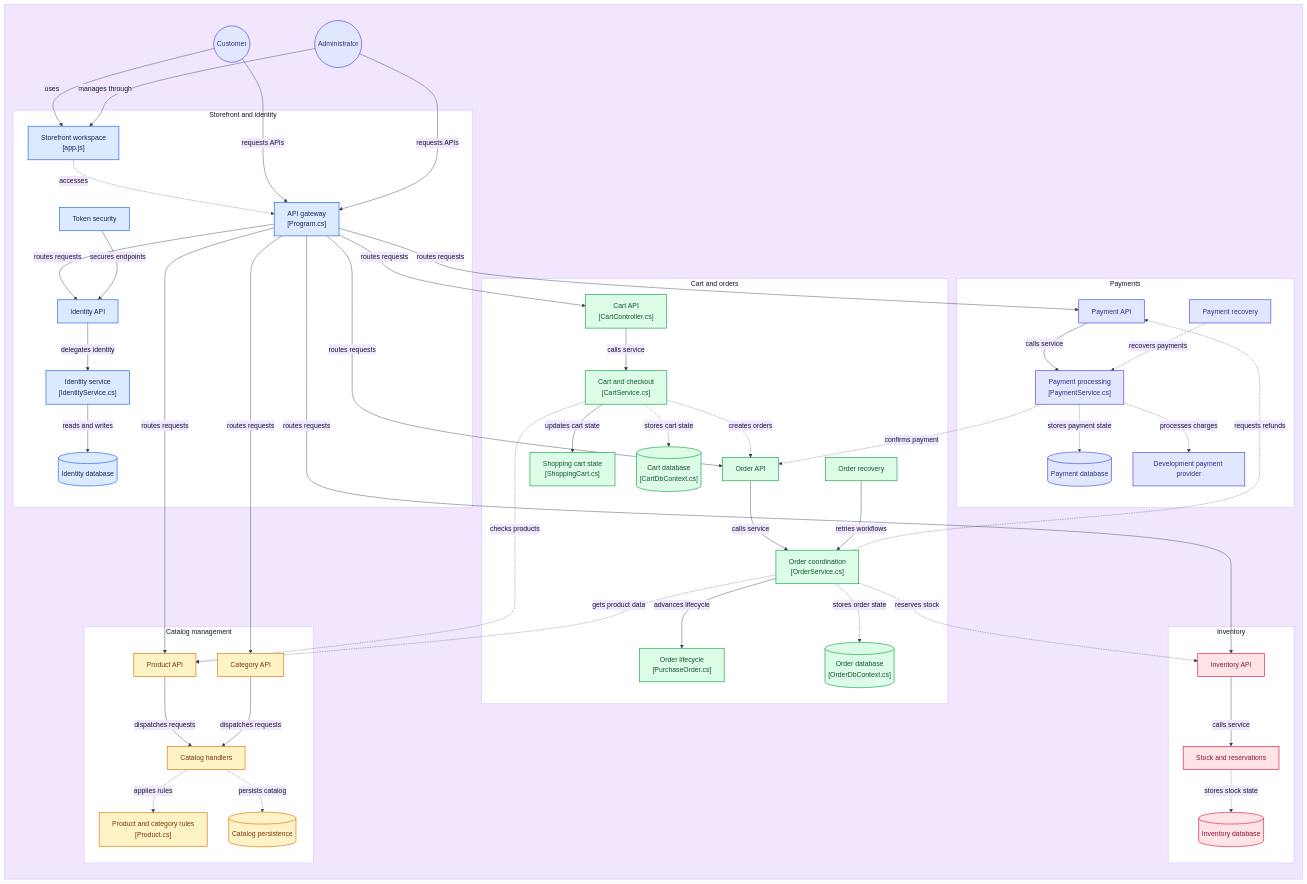
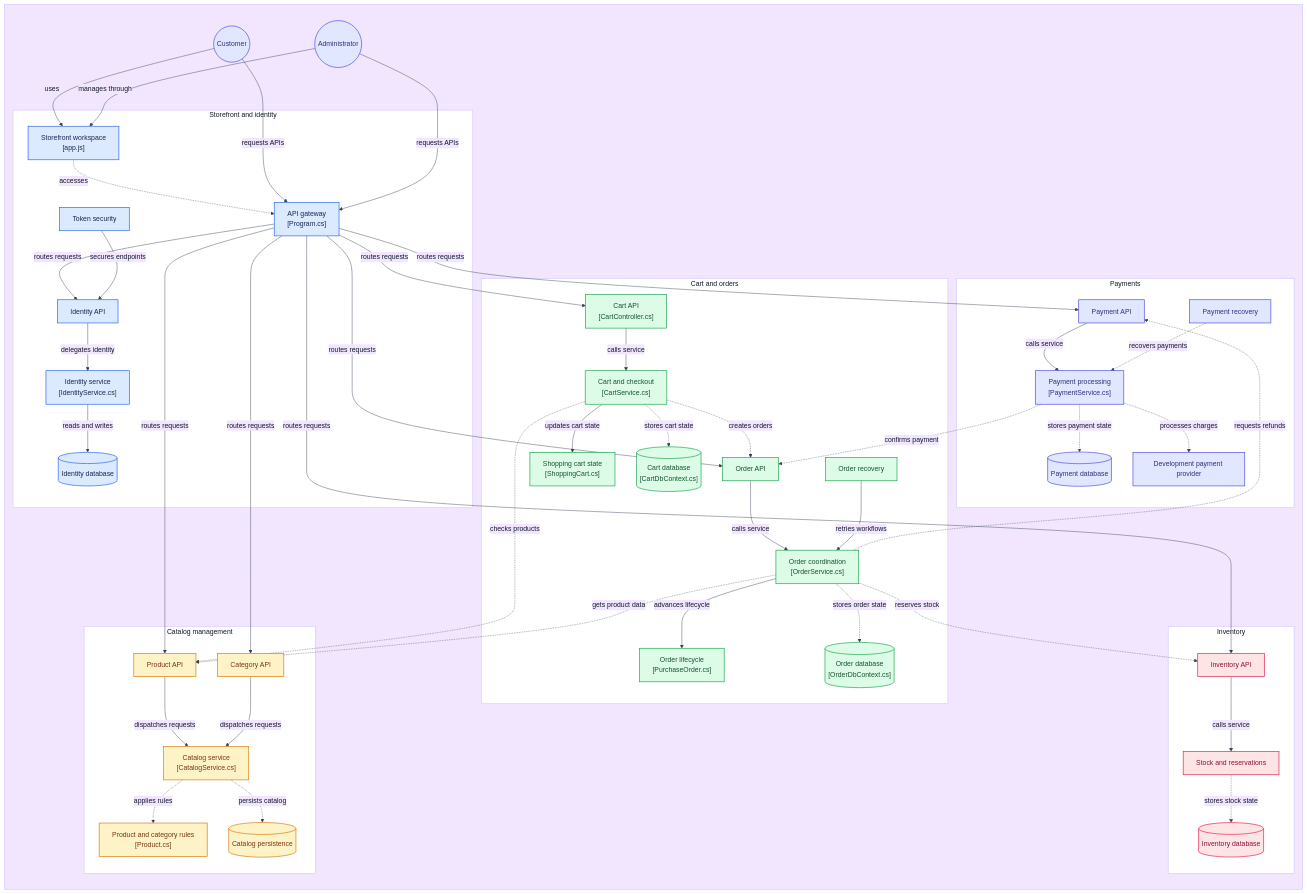
The diagram in README.md (aliyavarguluzada/ECommerce), drawn with Mermaid before and after one commit. The commit also changed other lines of this file and 85 other files, not shown here.

```diff
--- a/README.md
+++ b/README.md
@@ -47,7 +55,7 @@
 subgraph group_catalog["Catalog management"]
   node_product_api["Product API"]
   node_category_api["Category API"]
-  node_catalog_handlers["Catalog handlers"]
+  node_catalog_service["Catalog service<br/>[CatalogService.cs]"]
   node_catalog_domain["Product and category rules<br/>[Product.cs]"]
   node_catalog_store[("Catalog persistence")]
 end
@@ -96,10 +104,10 @@
 node_identity_api -->|"delegates identity"| node_identity_service
 node_identity_service -->|"reads and writes"| node_identity_db
 node_security -->|"secures endpoints"| node_identity_api
-node_product_api -->|"dispatches requests"| node_catalog_handlers
-node_category_api -->|"dispatches requests"| node_catalog_handlers
-node_catalog_handlers -.->|"applies rules"| node_catalog_domain
-node_catalog_handlers -.->|"persists catalog"| node_catalog_store
+node_product_api -->|"dispatches requests"| node_catalog_service
+node_category_api -->|"dispatches requests"| node_catalog_service
+node_catalog_service -.->|"applies rules"| node_catalog_domain
+node_catalog_service -.->|"persists catalog"| node_catalog_store
 node_cart_api -->|"calls service"| node_cart_service
 node_cart_service -->|"updates cart state"| node_cart_domain
 node_cart_service -.->|"stores cart state"| node_cart_db
@@ -131,23 +139,23 @@
 click node_security "https://github.com/aliyavarguluzada/ecommerce/blob/master/src/ECommerce.Security/SecurityExtensions.cs"
 click node_product_api "https://github.com/aliyavarguluzada/ecommerce/blob/master/src/ECommerce.Catalog.Api/Products/ProductController.cs"
 click node_category_api "https://github.com/aliyavarguluzada/ecommerce/blob/master/src/ECommerce.Catalog.Api/Categories/CategoryController.cs"
-click node_catalog_handlers "https://github.com/aliyavarguluzada/ecommerce/tree/master/src/ECommerce.Catalog.Application"
+click node_catalog_service "https://github.com/aliyavarguluzada/ecommerce/blob/master/src/ECommerce.Catalog.Infrastructure/CatalogService.cs"
 click node_catalog_domain "https://github.com/aliyavarguluzada/ecommerce/blob/master/src/ECommerce.Catalog.Domain/Aggregates/Products/Product.cs"
 click node_catalog_store "https://github.com/aliyavarguluzada/ecommerce/blob/master/src/ECommerce.Catalog.Infrastructure/Persistence/CatalogDbContext.cs"
 click node_cart_api "https://github.com/aliyavarguluzada/ecommerce/blob/master/src/ECommerce.Cart.Api/Controllers/CartController.cs"
-click node_cart_service "https://github.com/aliyavarguluzada/ecommerce/blob/master/src/ECommerce.Cart.Application/CartService.cs"
+click node_cart_service "https://github.com/aliyavarguluzada/ecommerce/blob/master/src/ECommerce.Cart.Infrastructure/CartService.cs"
 click node_cart_domain "https://github.com/aliyavarguluzada/ecommerce/blob/master/src/ECommerce.Cart.Domain/ShoppingCart.cs"
 click node_cart_db "https://github.com/aliyavarguluzada/ecommerce/blob/master/src/ECommerce.Cart.Infrastructure/CartDbContext.cs"
 click node_order_api "https://github.com/aliyavarguluzada/ecommerce/blob/master/src/ECommerce.Order.Api/Controllers/OrdersController.cs"
-click node_order_service "https://github.com/aliyavarguluzada/ecommerce/blob/master/src/ECommerce.Order.Application/OrderService.cs"
+click node_order_service "https://github.com/aliyavarguluzada/ecommerce/blob/master/src/ECommerce.Order.Infrastructure/OrderService.cs"
 click node_order_domain "https://github.com/aliyavarguluzada/ecommerce/blob/master/src/ECommerce.Order.Domain/PurchaseOrder.cs"
 click node_order_db "https://github.com/aliyavarguluzada/ecommerce/blob/master/src/ECommerce.Order.Infrastructure/OrderDbContext.cs"
 click node_order_recovery "https://github.com/aliyavarguluzada/ecommerce/blob/master/src/ECommerce.Order.Api/Common/OrderRecoveryWorker.cs"
 click node_inventory_api "https://github.com/aliyavarguluzada/ecommerce/blob/master/src/ECommerce.Inventory.Api/Controllers/ReservationsController.cs"
-click node_inventory_service "https://github.com/aliyavarguluzada/ecommerce/blob/master/src/ECommerce.Inventory.Application/InventoryService.cs"
+click node_inventory_service "https://github.com/aliyavarguluzada/ecommerce/blob/master/src/ECommerce.Inventory.Infrastructure/InventoryService.cs"
 click node_inventory_db "https://github.com/aliyavarguluzada/ecommerce/blob/master/src/ECommerce.Inventory.Infrastructure/InventoryDbContext.cs"
 click node_payment_api "https://github.com/aliyavarguluzada/ecommerce/blob/master/src/ECommerce.Payment.Api/Controllers/PaymentsController.cs"
-click node_payment_service "https://github.com/aliyavarguluzada/ecommerce/blob/master/src/ECommerce.Payment.Application/PaymentService.cs"
+click node_payment_service "https://github.com/aliyavarguluzada/ecommerce/blob/master/src/ECommerce.Payment.Infrastructure/PaymentService.cs"
 click node_payment_db "https://github.com/aliyavarguluzada/ecommerce/blob/master/src/ECommerce.Payment.Infrastructure/PaymentDbContext.cs"
 click node_provider "https://github.com/aliyavarguluzada/ecommerce/blob/master/src/ECommerce.Payment.Infrastructure/DevelopmentPaymentProvider.cs"
 click node_payment_recovery "https://github.com/aliyavarguluzada/ecommerce/blob/master/src/ECommerce.Payment.Api/Common/PaymentRecoveryWorker.cs"
@@ -160,7 +168,7 @@
 classDef toneIndigo fill:#e0e7ff,stroke:#4f46e5,stroke-width:1.5px,color:#312e81
 classDef toneTeal fill:#ccfbf1,stroke:#0f766e,stroke-width:1.5px,color:#134e4a
 class node_gateway,node_storefront,node_identity_api,node_identity_service,node_identity_db,node_security toneBlue
-class node_product_api,node_category_api,node_catalog_handlers,node_catalog_domain,node_catalog_store toneAmber
+class node_product_api,node_category_api,node_catalog_service,node_catalog_domain,node_catalog_store toneAmber
 class node_cart_api,node_cart_service,node_cart_domain,node_cart_db,node_order_api,node_order_service,node_order_domain,node_order_db,node_order_recovery toneMint
 class node_inventory_api,node_inventory_service,node_inventory_db toneRose
 class node_payment_api,node_payment_service,node_payment_db,node_provider,node_payment_recovery,node_customer,node_admin toneIndigo
```
